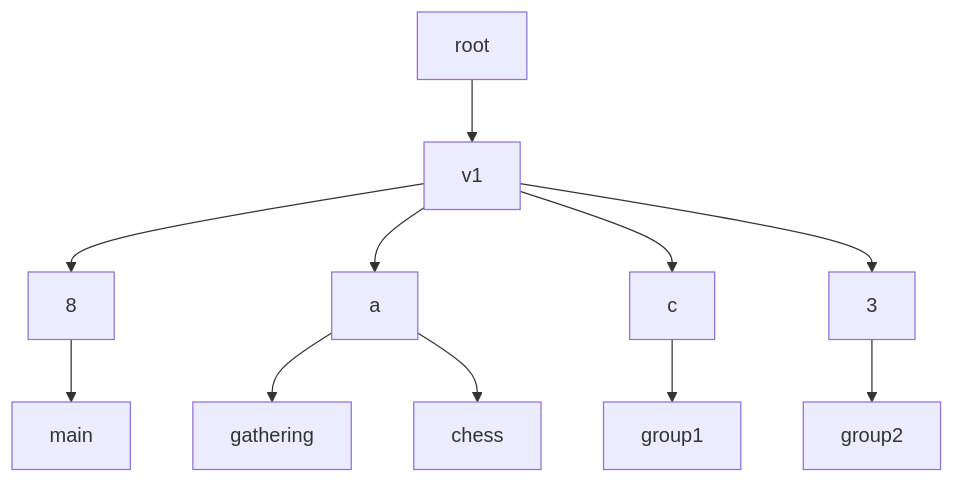
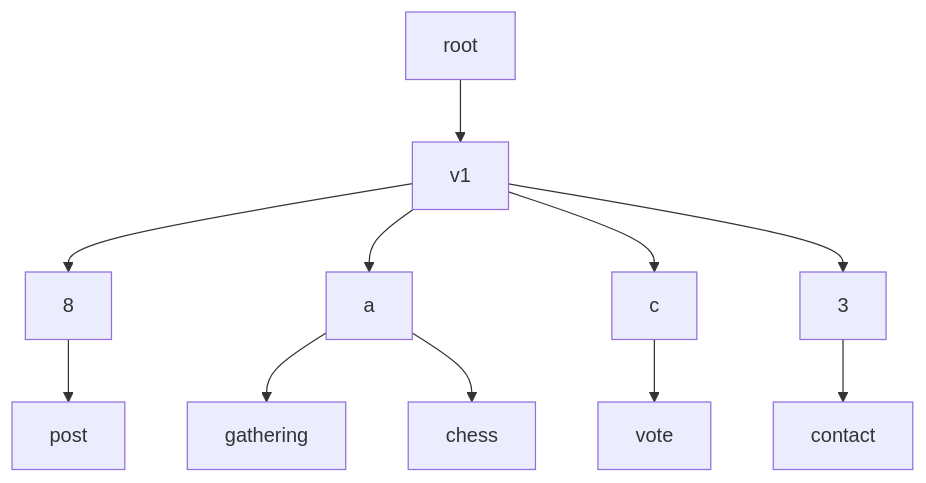
One commit to ssbc/ssb-meta-feeds-spec changed the diagram in README.md. Above: the diagram before and after it, drawn with Mermaid. The commit also changed other lines of this file, not shown here.

Commit message:
improve examples of app-specific subfeeds

````diff
--- a/README.md
+++ b/README.md
@@ -261,10 +261,10 @@
 ```mermaid
 graph TB;
   root --> v1
   v1 --> 8 & a & c & 3
-  8 --> main
+  8 --> post
   a --> gathering
   a --> chess
-  c --> group1
-  3 --> group2
+  c --> vote
+  3 --> contact
 ```
````
